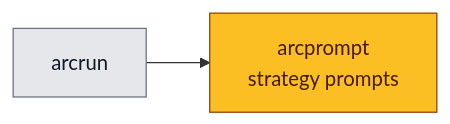
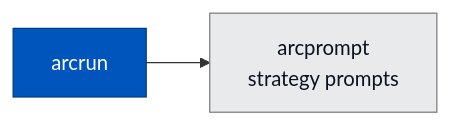
The diagram in packages/arcprompt/README.md (joshuamschultz/Arc), drawn with Mermaid before and after one commit. The commit also changed other lines of this file and 16 other files, not shown here.

````diff
--- a/packages/arcprompt/README.md
+++ b/packages/arcprompt/README.md
@@ -25,7 +25,7 @@
 ```mermaid
 flowchart LR
-    classDef pp fill:#FBBF24,stroke:#92400E,color:#451A03
-    classDef other fill:#E5E7EB,stroke:#6B7280,color:#111827
+    classDef runtime fill:#0055BC,stroke:#003B82,color:#FFFFFF
+    classDef other fill:#E9EAEB,stroke:#7F7F7F,color:#0B1220
 
-    arcrun[arcrun]:::other --> arcprompt[arcprompt<br/>strategy prompts]:::pp
+    arcrun[arcrun]:::runtime --> arcprompt[arcprompt<br/>strategy prompts]:::other
 ```
````
